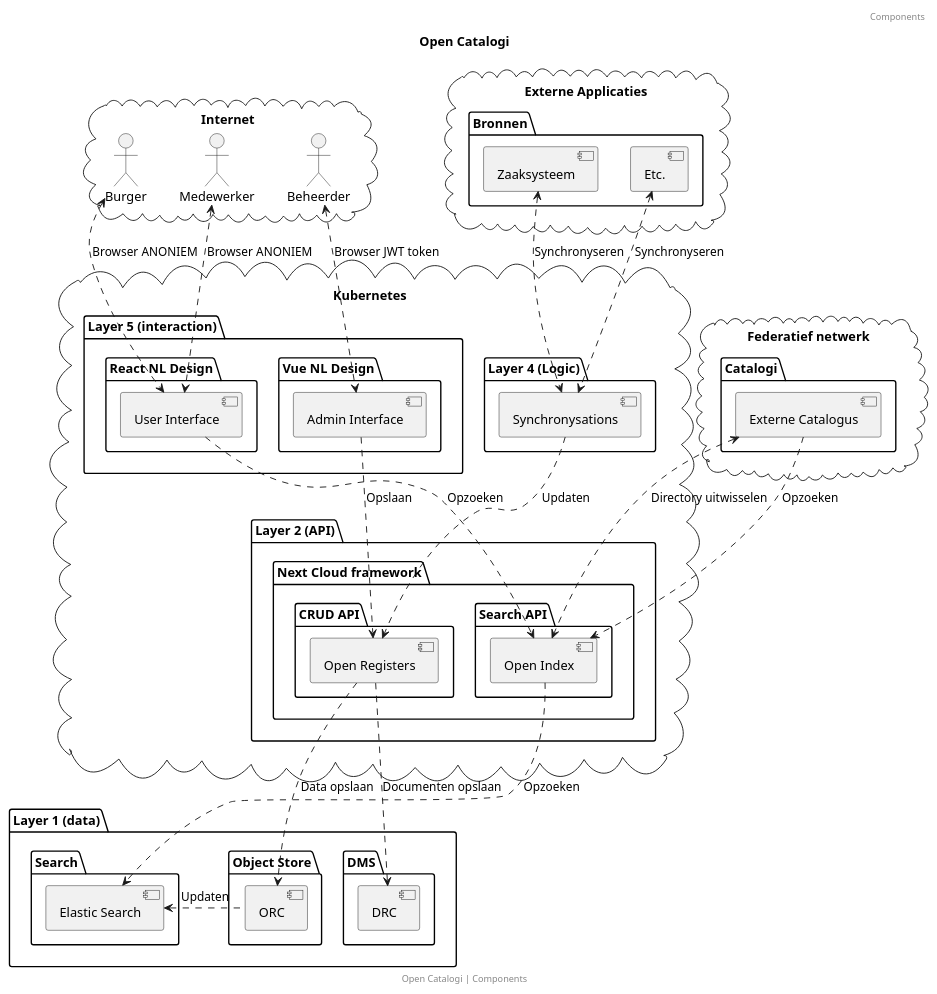
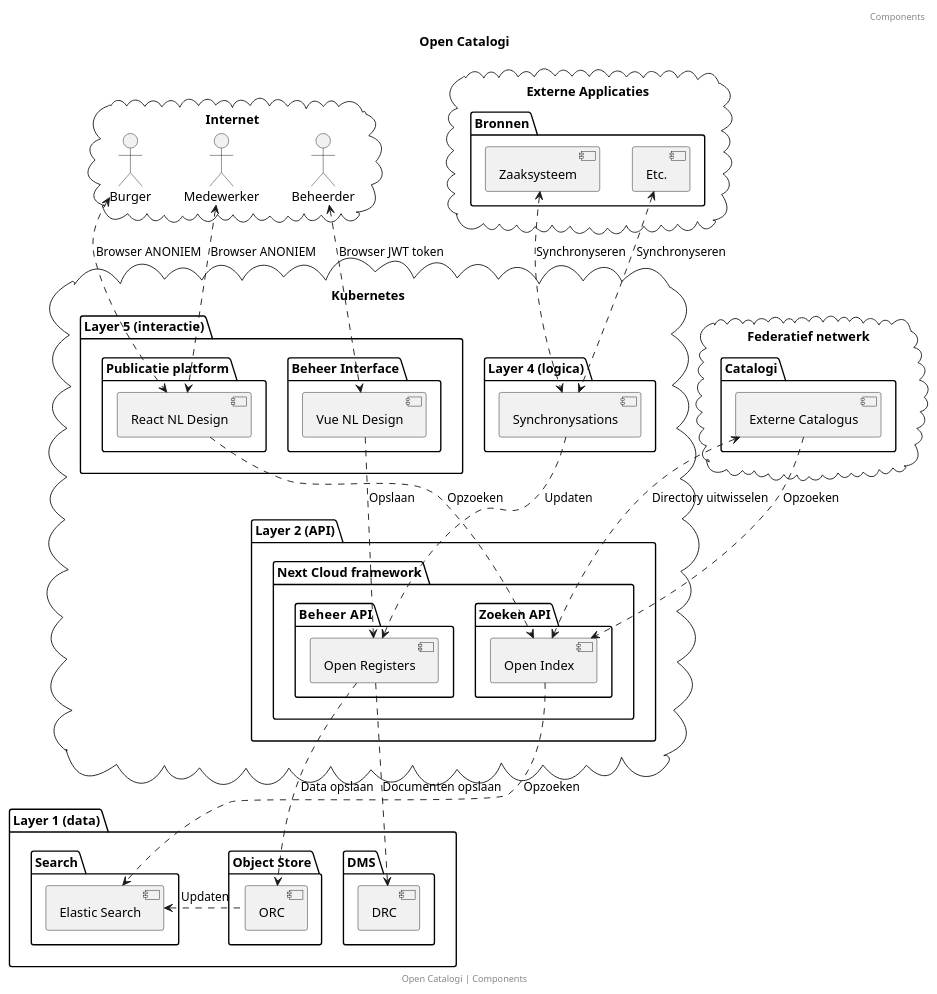
The diagram in docs/handleidingen/components.puml (OpenCatalogi/.github), drawn with PlantUML before and after one commit. The commit also changed 3 other files, not shown here.

Commit message:
Architectuur verplaats naar de architectuur pagina

```diff
--- a/docs/handleidingen/components.puml
+++ b/docs/handleidingen/components.puml
@@ -1,92 +1,92 @@
 @startuml
 title: Open Catalogi
 footer: Open Catalogi | Components
 header: Components
 
 cloud "Internet"{
 actor "Burger" as user
 actor "Medewerker" as employee
 actor "Beheerder" as admin
 
 }
 
 cloud "Federatief netwerk" {
 package "Catalogi" {
  [Externe Catalogus] as externalCatalouge
 }
 }
 
 cloud "Externe Applicaties"{
 package "Bronnen" {
  [Zaaksysteem]  as zaaksysteem
  [Etc.]  as overigebronnen
 }
 }
 
 
 cloud "Kubernetes"{
 
-package "Layer 5 (interaction)" {
-package "React NL Design" {
- [User Interface]  as userUi
+package "Layer 5 (interactie)" {
+package "Publicatie platform" {
+ [React NL Design]  as userUi
 }
 
-package "Vue NL Design" {
- [Admin Interface]  as adminUi
+package "Beheer Interface" {
+ [Vue NL Design]  as adminUi
 }
 }
 
 
-package "Layer 4 (Logic)" as layer4 {
+package "Layer 4 (logica)" as layer4 {
  [Synchronysations]  as service
 }
 
 
 package "Layer 2 (API)" as layer2 {
 
 
 package "Next Cloud framework"{
-package "Search API" {
+package "Zoeken API" {
  [Open Index] as searchAPI
 }
 
-package "CRUD API" {
+package "Beheer  API" {
  [Open Registers] as objectsAPI
 }
 }
 
 }
 
 }
 
 package "Layer 1 (data)" {
 
 package "Search" {
  [Elastic Search]  as searchDb
 }
 
 package "Object Store" {
  [ORC]  as objectsDb
 }
 
 package "DMS" {
  [DRC]  as drc
 }
 }
 
 user <.down.> userUi: Browser ANONIEM
 employee <.down.> userUi: Browser ANONIEM
 admin <.down.> adminUi: Browser JWT token
 userUi ..> searchAPI: Opzoeken
 adminUi ..> objectsAPI: Opslaan
 objectsAPI ..> objectsDb : Data opslaan
 objectsAPI ..> drc : Documenten opslaan
 searchAPI ..> searchDb: Opzoeken
 objectsDb .left.> searchDb: Updaten
 service ..> objectsAPI: Updaten
 externalCatalouge <.> searchAPI: Directory uitwisselen
 externalCatalouge ..> searchAPI: Opzoeken
 zaaksysteem <.down.> service: Synchronyseren
 overigebronnen  <.down.>  service: Synchronyseren
 
 @enduml
```
